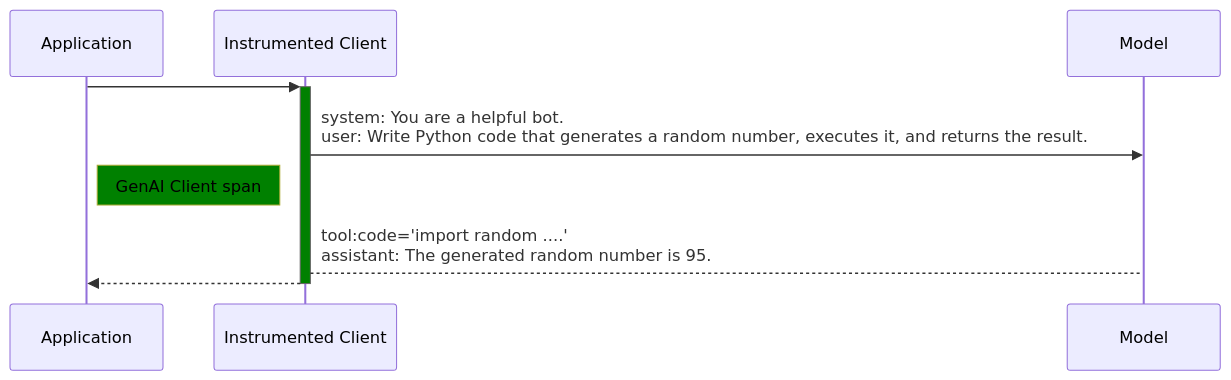
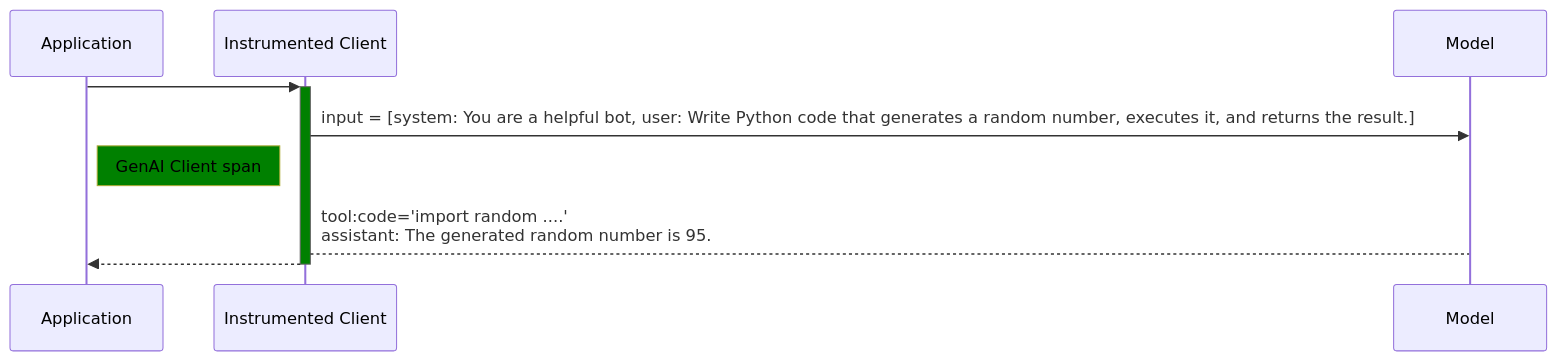
Before and after one commit to open-telemetry/semantic-conventions: the third of 4 diagrams in docs/gen-ai/non-normative/examples-llm-calls.md, drawn with Mermaid. The commit also changed other lines of this file, not shown here.

````diff
--- a/docs/gen-ai/non-normative/examples-llm-calls.md
+++ b/docs/gen-ai/non-normative/examples-llm-calls.md
@@ -433,18 +519,18 @@
 ```mermaid
 %%{init:
 {
   "sequence": { "messageAlign": "left", "htmlLabels":true },
   "themeVariables": { "noteBkgColor" : "green", "noteTextColor": "black", "activationBkgColor": "green", "htmlLabels":true }
 }
 }%%
 sequenceDiagram
   participant A as Application
   participant I as Instrumented Client
   participant M as Model
 
   A ->>+ I:
-  I ->> M: system: You are a helpful bot.<br>user: Write Python code that generates a random number, executes it, and returns the result.
+  I ->> M: input = [system: You are a helpful bot, user: Write Python code that generates a random number, executes it, and returns the result.]
   Note left of I: GenAI Client span
   I --> M: tool:code='import random ....'<br>assistant: The generated random number is 95.
   I -->>- A:
 ```
````
